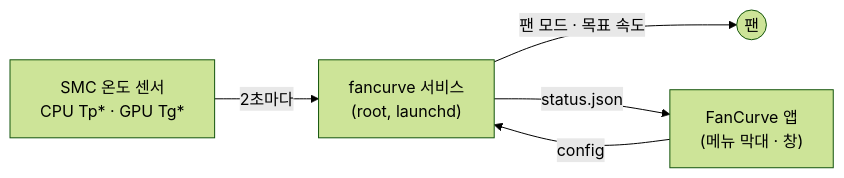
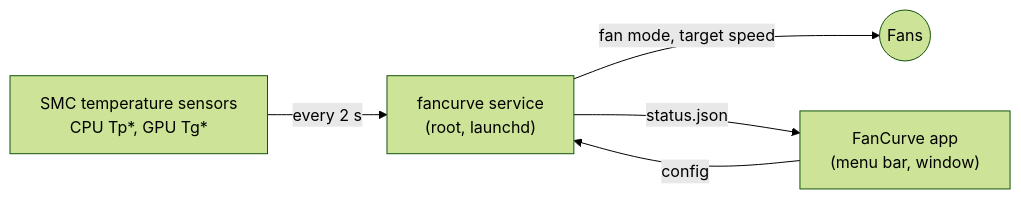
One commit to chanthr/FanCurve changed the diagram in README.md. Above: the diagram before and after it, drawn with Mermaid (forest theme). The commit also changed other lines of this file and 36 other files, not shown here.

````diff
--- a/README.md
+++ b/README.md
@@ -114,7 +150,7 @@
 ```mermaid
 flowchart LR
-  S["SMC 온도 센서<br/>CPU Tp* · GPU Tg*"] -- "2초마다" --> D["fancurve 서비스<br/>(root, launchd)"]
-  D -- "팬 모드 · 목표 속도" --> F(("팬"))
-  D -- "status.json" --> A["FanCurve 앱<br/>(메뉴 막대 · 창)"]
+  S["SMC temperature sensors<br/>CPU Tp*, GPU Tg*"] -- "every 2 s" --> D["fancurve service<br/>(root, launchd)"]
+  D -- "fan mode, target speed" --> F(("Fans"))
+  D -- "status.json" --> A["FanCurve app<br/>(menu bar, window)"]
   A -- "config" --> D
 ```
````
